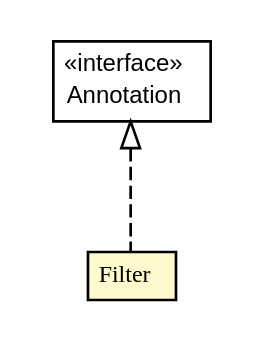
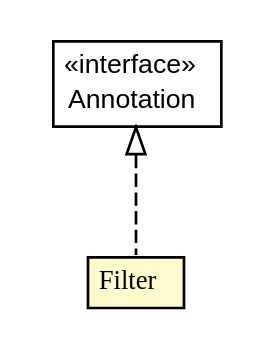
The diagram in static/javadocs/1.0.0/org/gservlet/annotation/Filter.dot (GServlet/gservlet-site), drawn with Graphviz before and after one commit. The commit also changed 168 other files, not shown here.

```diff
--- a/static/javadocs/1.0.0/org/gservlet/annotation/Filter.dot
+++ b/static/javadocs/1.0.0/org/gservlet/annotation/Filter.dot
@@ -1,27 +1,27 @@
 #!/usr/local/bin/dot
 #
 # Class diagram 
 # Generated by UMLGraph version R5_6-24-gf6e263 (http://www.umlgraph.org/)
 #
 
 digraph G {
 	edge [fontname="arial",fontsize=10,labelfontname="arial",labelfontsize=10];
 	node [fontname="arial",fontsize=10,shape=plaintext];
 	nodesep=0.25;
 	ranksep=0.5;
 	// org.gservlet.annotation.Filter
-	c1130 [label=<<table title="org.gservlet.annotation.Filter" border="0" cellborder="1" cellspacing="0" cellpadding="2" port="p" bgcolor="lemonChiffon" href="./Filter.html">
+	c1108 [label=<<table title="org.gservlet.annotation.Filter" border="0" cellborder="1" cellspacing="0" cellpadding="2" port="p" bgcolor="lemonChiffon" href="./Filter.html">
 		<tr><td><table border="0" cellspacing="0" cellpadding="1">
 <tr><td align="center" balign="center"><font face="arial italic"> Filter </font></td></tr>
 		</table></td></tr>
-		</table>>, URL="./Filter.html", fontname="arial", fontcolor="black", fontsize=9.0];
+		</table>>, URL="./Filter.html", fontname="arial", fontcolor="black", fontsize=10.0];
 	//org.gservlet.annotation.Filter implements java.lang.annotation.Annotation
-	c1133:p -> c1130:p [dir=back,arrowtail=empty,style=dashed];
+	c1133:p -> c1108:p [dir=back,arrowtail=empty,style=dashed];
 	// java.lang.annotation.Annotation
 	c1133 [label=<<table title="java.lang.annotation.Annotation" border="0" cellborder="1" cellspacing="0" cellpadding="2" port="p" href="http://java.sun.com/j2se/1.4.2/docs/api/java/lang/annotation/Annotation.html">
 		<tr><td><table border="0" cellspacing="0" cellpadding="1">
 <tr><td align="center" balign="center"> &#171;interface&#187; </td></tr>
 <tr><td align="center" balign="center"> Annotation </td></tr>
 		</table></td></tr>
-		</table>>, URL="http://java.sun.com/j2se/1.4.2/docs/api/java/lang/annotation/Annotation.html", fontname="arial", fontcolor="black", fontsize=9.0];
+		</table>>, URL="http://java.sun.com/j2se/1.4.2/docs/api/java/lang/annotation/Annotation.html", fontname="arial", fontcolor="black", fontsize=10.0];
 }
```
